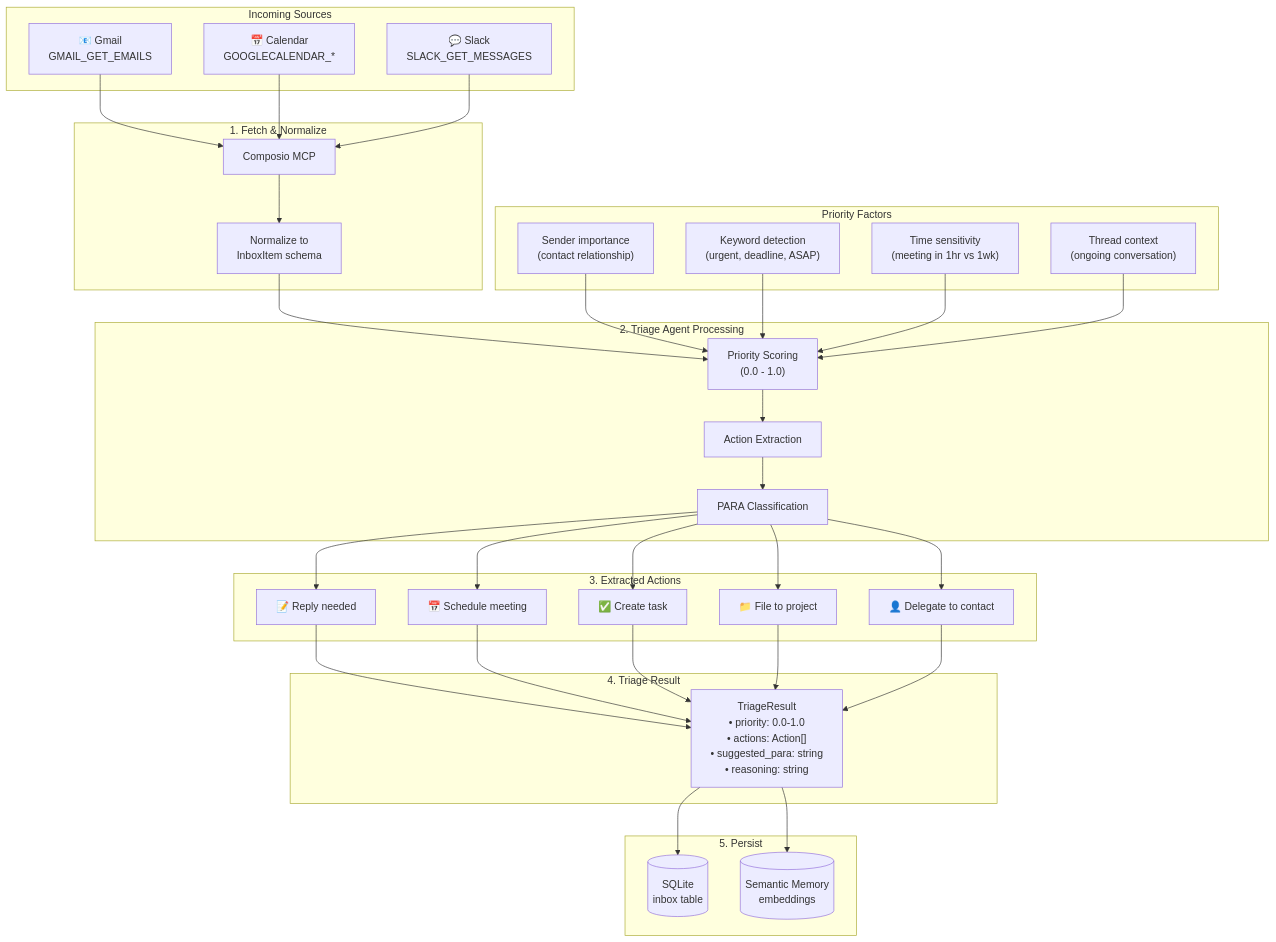
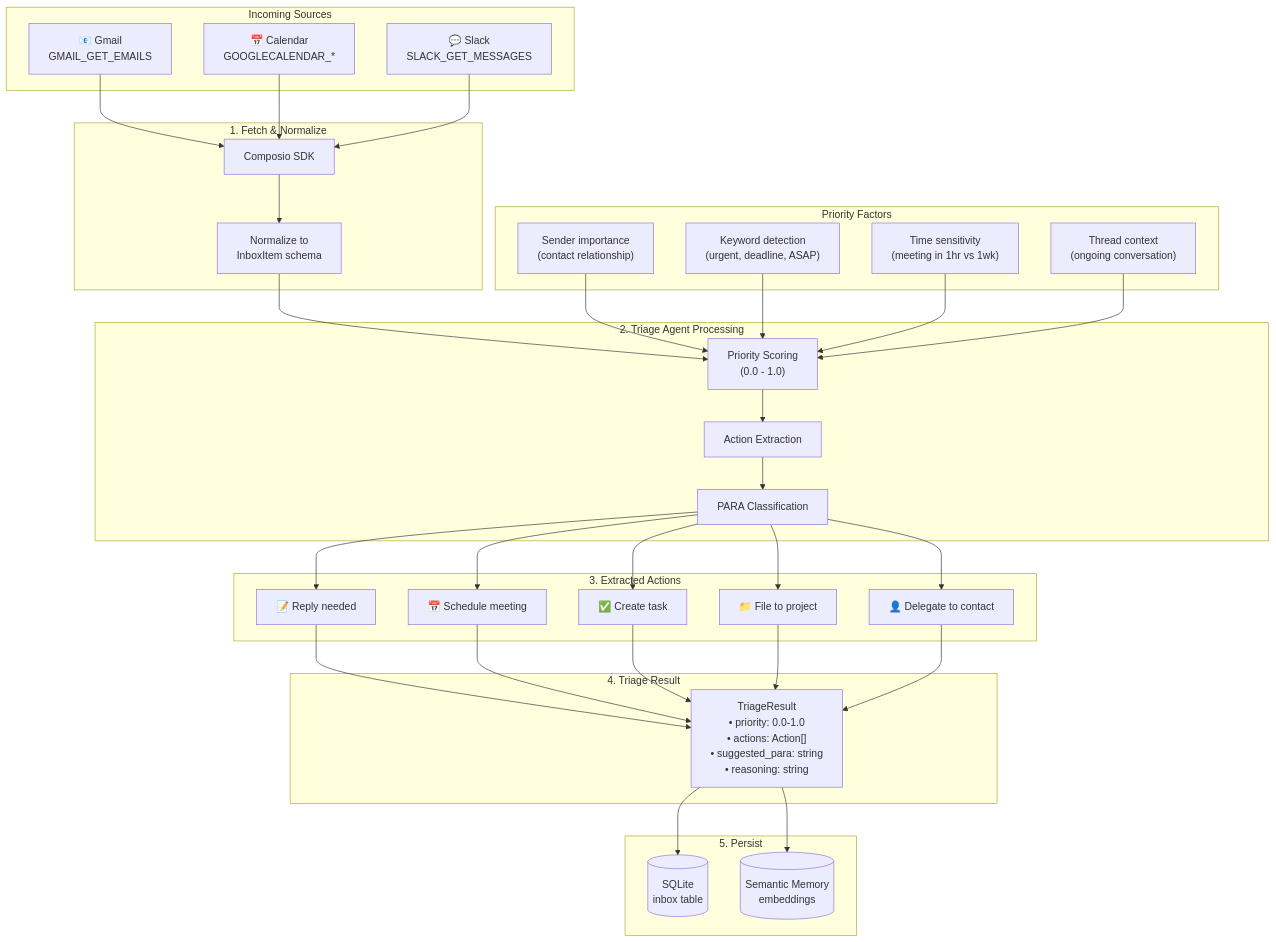
Before and after one commit to sidart10/orion-butler: the fifth of 13 diagrams in thoughts/planning-artifacts/architecture-diagrams.md, drawn with Mermaid. The commit also changed other lines of this file and 58 other files, not shown here.

````diff
--- a/thoughts/planning-artifacts/architecture-diagrams.md
+++ b/thoughts/planning-artifacts/architecture-diagrams.md
@@ -425,72 +425,72 @@
 ```mermaid
 flowchart TD
     subgraph Sources["Incoming Sources"]
         Gmail["📧 Gmail<br/>GMAIL_GET_EMAILS"]
         Calendar["📅 Calendar<br/>GOOGLECALENDAR_*"]
         Slack["💬 Slack<br/>SLACK_GET_MESSAGES"]
     end
 
     subgraph Fetch["1. Fetch & Normalize"]
-        Composio["Composio MCP"]
+        Composio["Composio SDK"]
         Normalize["Normalize to<br/>InboxItem schema"]
     end
 
     subgraph Triage["2. Triage Agent Processing"]
         Score["Priority Scoring<br/>(0.0 - 1.0)"]
         Extract["Action Extraction"]
         Classify["PARA Classification"]
 
         Score --> Extract
         Extract --> Classify
     end
 
     subgraph Scoring["Priority Factors"]
         Sender["Sender importance<br/>(contact relationship)"]
         Keywords["Keyword detection<br/>(urgent, deadline, ASAP)"]
         Recency["Time sensitivity<br/>(meeting in 1hr vs 1wk)"]
         Thread["Thread context<br/>(ongoing conversation)"]
     end
 
     subgraph Actions["3. Extracted Actions"]
         Reply["📝 Reply needed"]
         Schedule["📅 Schedule meeting"]
         Task["✅ Create task"]
         File["📁 File to project"]
         Delegate["👤 Delegate to contact"]
     end
 
     subgraph Output["4. Triage Result"]
         TriageResult["TriageResult<br/>• priority: 0.0-1.0<br/>• actions: Action[]<br/>• suggested_para: string<br/>• reasoning: string"]
     end
 
     subgraph Storage["5. Persist"]
         SQLite[("SQLite<br/>inbox table")]
         Memory[("Semantic Memory<br/>embeddings")]
     end
 
     Gmail --> Composio
     Calendar --> Composio
     Slack --> Composio
     Composio --> Normalize
     Normalize --> Score
 
     Sender --> Score
     Keywords --> Score
     Recency --> Score
     Thread --> Score
 
     Classify --> Reply
     Classify --> Schedule
     Classify --> Task
     Classify --> File
     Classify --> Delegate
 
     Reply --> TriageResult
     Schedule --> TriageResult
     Task --> TriageResult
     File --> TriageResult
     Delegate --> TriageResult
 
     TriageResult --> SQLite
     TriageResult --> Memory
 ```
````
